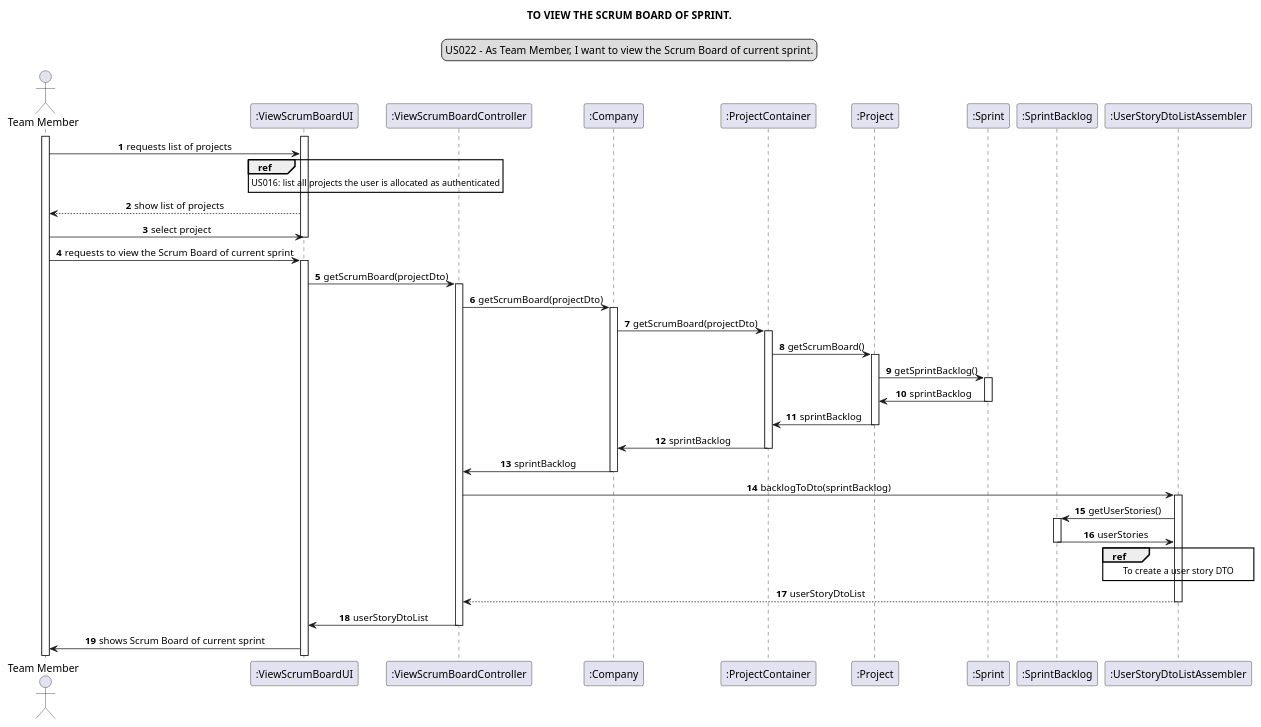
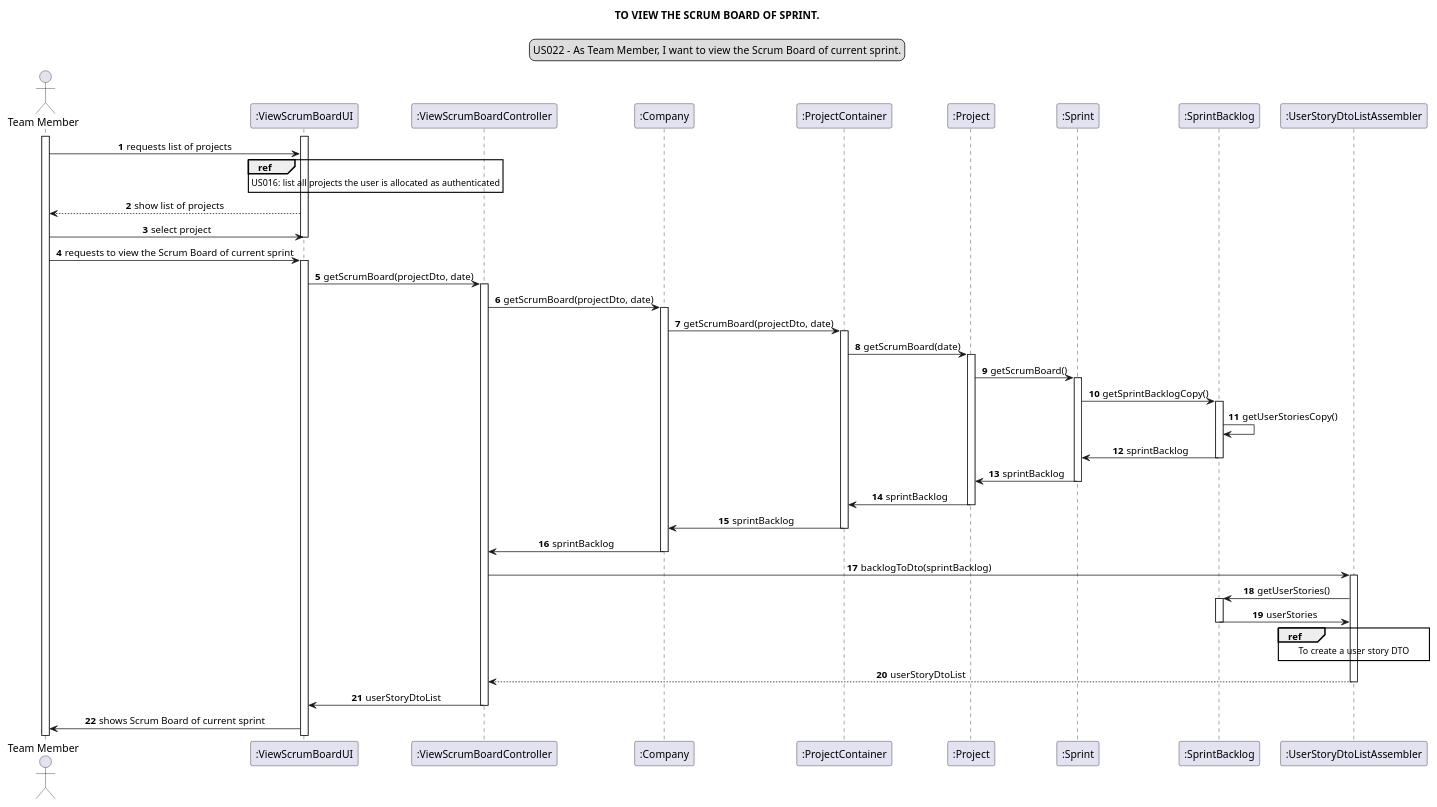
One commit to Loracline/project_switch_22-23 changed the diagram in docs/modelling_design/user_stories/sprint03/us022/US022_sequenceDiagram.puml. Above: the diagram before and after it, drawn with PlantUML.

Commit message:
US022: Update SD, addresses #49

```diff
--- a/docs/modelling_design/user_stories/sprint03/us022/US022_sequenceDiagram.puml
+++ b/docs/modelling_design/user_stories/sprint03/us022/US022_sequenceDiagram.puml
@@ -1,61 +1,66 @@
 @startuml
 skinparam sequenceMessageAlign center
 title TO VIEW THE SCRUM BOARD OF SPRINT.
 legend top
 US022 - As Team Member, I want to view the Scrum Board of current sprint.
 end legend
 autonumber
 actor "Team Member" as member
 participant ":ViewScrumBoardUI" as ui
 participant ":ViewScrumBoardController" as controller
 participant ":Company" as company
 participant ":ProjectContainer" as projectContainer
 participant ":Project" as project
 participant ":Sprint" as sprint
 participant ":SprintBacklog" as backlog
 participant ":UserStoryDtoListAssembler" as dto
 
 
 activate member
 activate ui
 member -> ui : requests list of projects
 ref over ui: US016: list all projects the user is allocated as authenticated
 ui --> member : show list of projects
 member -> ui : select project
 deactivate ui
 member -> ui : requests to view the Scrum Board of current sprint
 activate ui
-"ui" -> controller : getScrumBoard(projectDto)
+"ui" -> controller : getScrumBoard(projectDto, date)
 activate controller
-"controller" -> company : getScrumBoard(projectDto)
+"controller" -> company : getScrumBoard(projectDto, date)
 activate company
-"company" -> projectContainer : getScrumBoard(projectDto)
+"company" -> projectContainer : getScrumBoard(projectDto, date)
 activate projectContainer
-"projectContainer" -> project: getScrumBoard()
+"projectContainer" -> project: getScrumBoard(date)
 activate project
-"project" -> sprint : getSprintBacklog()
+"project" -> sprint : getScrumBoard()
 activate sprint
+"sprint"-> backlog: getSprintBacklogCopy()
+activate backlog
+"backlog"-> backlog : getUserStoriesCopy()
+"backlog"-> sprint : sprintBacklog
+deactivate backlog
 "sprint" -> project : sprintBacklog
 deactivate sprint
 project -> projectContainer : sprintBacklog
 deactivate project
 projectContainer -> company : sprintBacklog
 deactivate projectContainer
 company-> controller : sprintBacklog
 deactivate company
 controller-> dto : backlogToDto(sprintBacklog)
 activate dto
 "dto" ->backlog: getUserStories()
 activate backlog
 "backlog" -> dto: userStories
 deactivate backlog
 
 ref over dto: To create a user story DTO
 
 dto --> controller : userStoryDtoList
 deactivate dto
 controller -> ui : userStoryDtoList
 deactivate controller
 ui -> member : shows Scrum Board of current sprint
 
 @enduml
```
